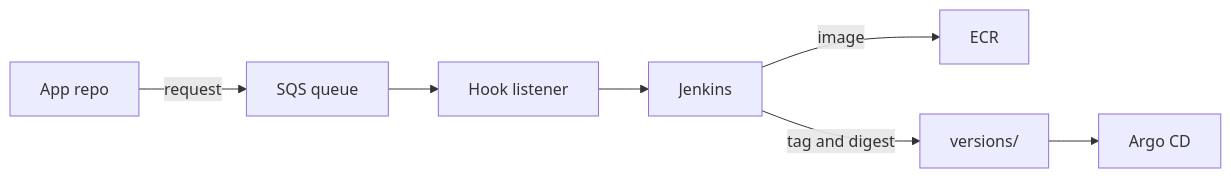
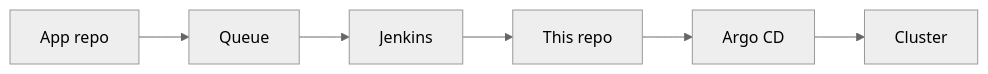
Before and after one commit to dahl-jar/gitops-template: the diagram in README.md, drawn with Mermaid. The commit also changed other lines of this file and 1 other file, not shown here.

````diff
--- a/README.md
+++ b/README.md
@@ -21,9 +21,5 @@
 ```mermaid
+%%{init: {'theme': 'neutral'}}%%
 flowchart LR
-  App[App repo] -->|request| Queue[SQS queue]
-  Queue --> Listener[Hook listener]
-  Listener --> Jenkins
-  Jenkins -->|image| ECR
-  Jenkins -->|tag and digest| Versions[versions/]
-  Versions --> Argo[Argo CD]
+  App[App repo] --> Queue --> Jenkins --> Repo[This repo] --> Argo[Argo CD] --> Cluster
 ```
````
